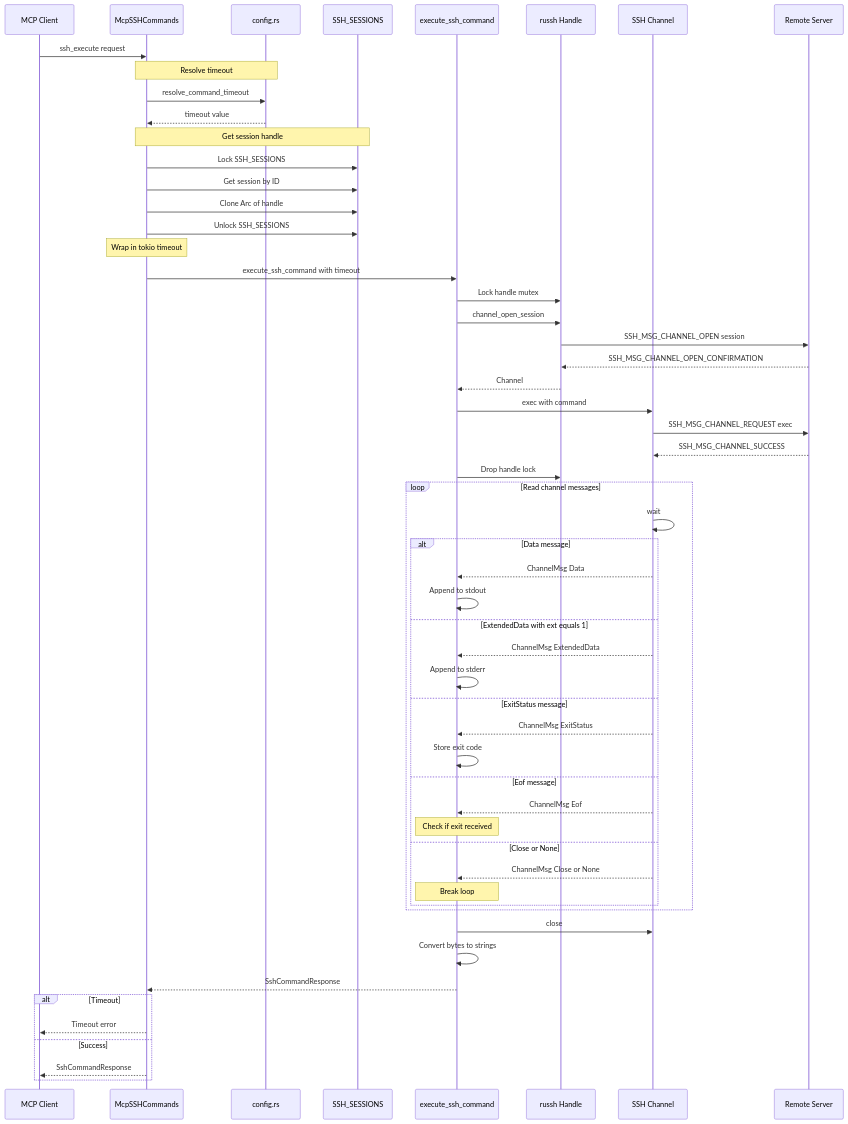
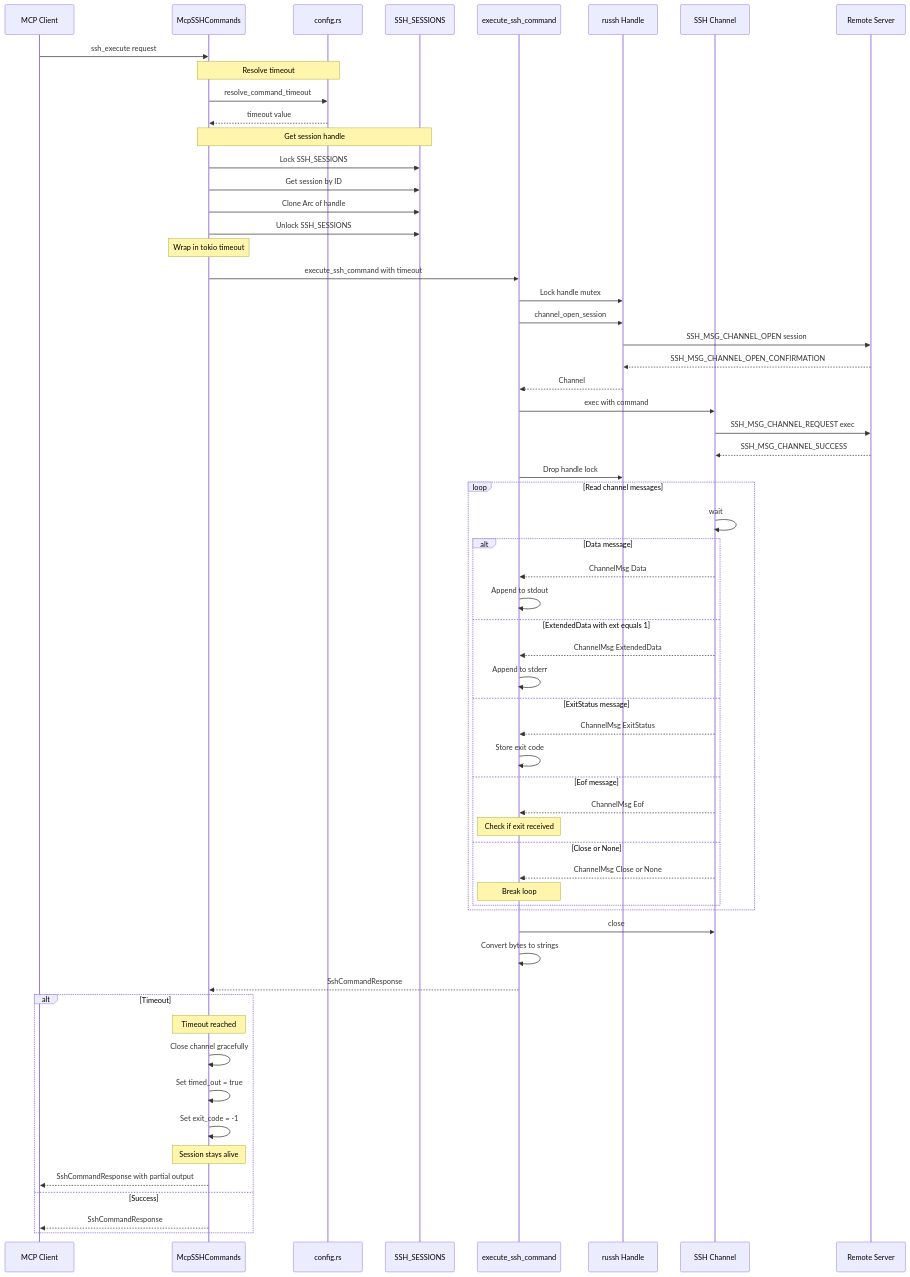
Before and after one commit to farchanjo/ssh-mcp: the eighth of 16 diagrams in docs/FLOWS.md, drawn with Mermaid. The commit also changed other lines of this file, not shown here.

First line of the commit message:
docs(flows): update command timeout handling documentation

````diff
--- a/docs/FLOWS.md
+++ b/docs/FLOWS.md
@@ -360,68 +360,73 @@
 ```mermaid
 sequenceDiagram
     participant Client as MCP Client
     participant Cmd as McpSSHCommands
     participant Config as config.rs
     participant Store as SSH_SESSIONS
     participant Exec as execute_ssh_command
     participant Handle as russh Handle
     participant Channel as SSH Channel
     participant Server as Remote Server
 
     Client->>Cmd: ssh_execute request
 
     Note over Cmd,Config: Resolve timeout
     Cmd->>Config: resolve_command_timeout
     Config-->>Cmd: timeout value
 
     Note over Cmd,Store: Get session handle
     Cmd->>Store: Lock SSH_SESSIONS
     Cmd->>Store: Get session by ID
     Cmd->>Store: Clone Arc of handle
     Cmd->>Store: Unlock SSH_SESSIONS
 
     Note over Cmd: Wrap in tokio timeout
     Cmd->>Exec: execute_ssh_command with timeout
 
     Exec->>Handle: Lock handle mutex
     Exec->>Handle: channel_open_session
     Handle->>Server: SSH_MSG_CHANNEL_OPEN session
     Server-->>Handle: SSH_MSG_CHANNEL_OPEN_CONFIRMATION
     Handle-->>Exec: Channel
 
     Exec->>Channel: exec with command
     Channel->>Server: SSH_MSG_CHANNEL_REQUEST exec
     Server-->>Channel: SSH_MSG_CHANNEL_SUCCESS
 
     Exec->>Handle: Drop handle lock
 
     loop Read channel messages
         Channel->>Channel: wait
         alt Data message
             Channel-->>Exec: ChannelMsg Data
             Exec->>Exec: Append to stdout
         else ExtendedData with ext equals 1
             Channel-->>Exec: ChannelMsg ExtendedData
             Exec->>Exec: Append to stderr
         else ExitStatus message
             Channel-->>Exec: ChannelMsg ExitStatus
             Exec->>Exec: Store exit code
         else Eof message
             Channel-->>Exec: ChannelMsg Eof
             Note over Exec: Check if exit received
         else Close or None
             Channel-->>Exec: ChannelMsg Close or None
             Note over Exec: Break loop
         end
     end
 
     Exec->>Channel: close
     Exec->>Exec: Convert bytes to strings
     Exec-->>Cmd: SshCommandResponse
 
     alt Timeout
-        Cmd-->>Client: Timeout error
+        Note over Cmd: Timeout reached
+        Cmd->>Cmd: Close channel gracefully
+        Cmd->>Cmd: Set timed_out = true
+        Cmd->>Cmd: Set exit_code = -1
+        Note over Cmd: Session stays alive
+        Cmd-->>Client: SshCommandResponse with partial output
     else Success
         Cmd-->>Client: SshCommandResponse
     end
 ```
````
